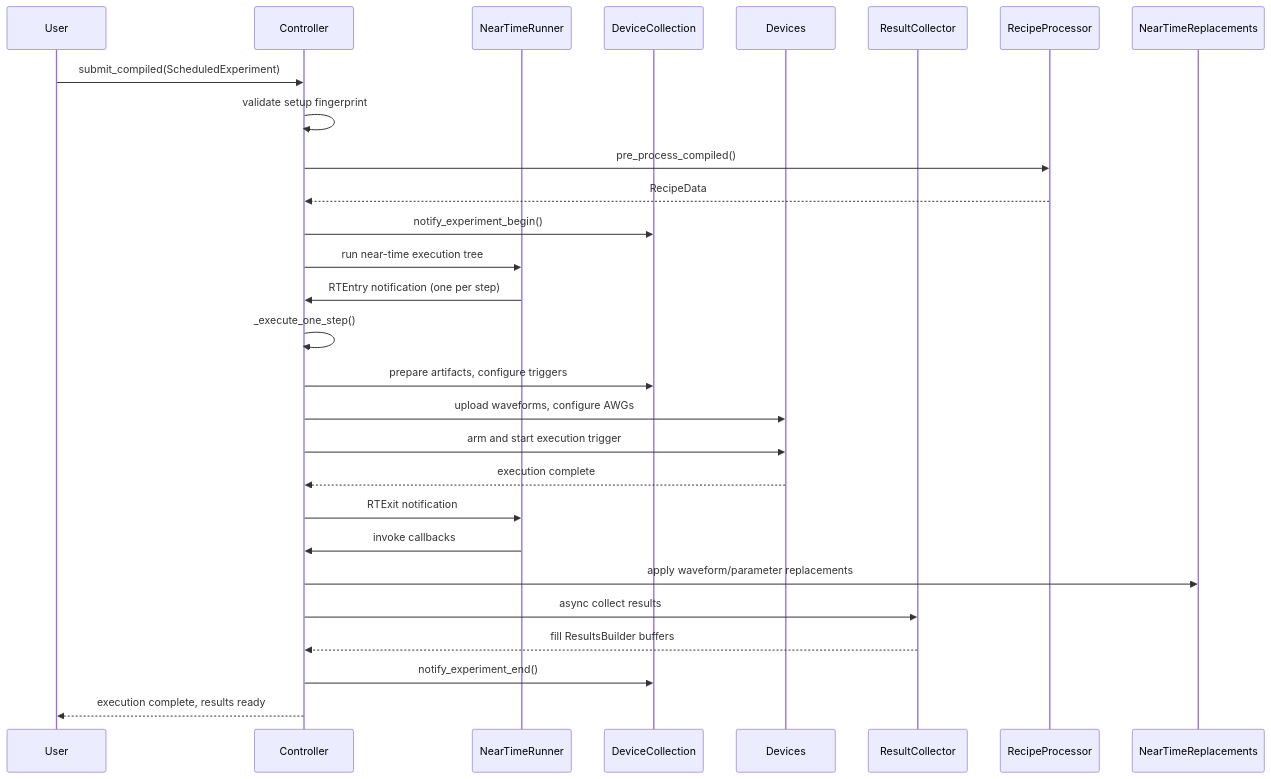
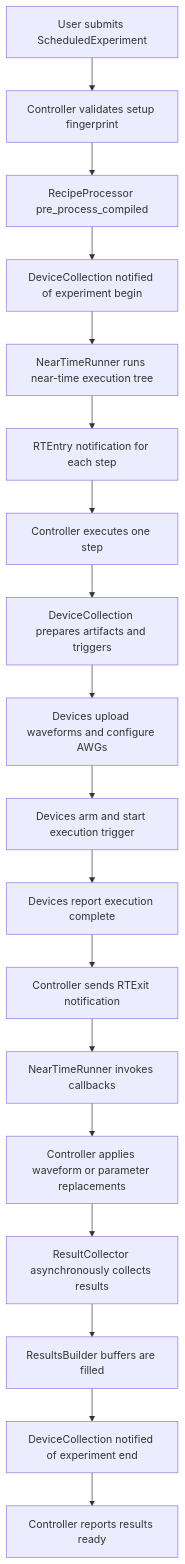
The second of 3 diagrams in docs/11-runtime-controller.md (brianzi/laboneq-devguide), drawn with Mermaid before and after one commit. The commit also changed other lines of this file and 9 other files, not shown here.

````diff
--- a/docs/11-runtime-controller.md
+++ b/docs/11-runtime-controller.md
@@ -352,29 +352,20 @@
 ```mermaid
-sequenceDiagram
-    participant User
-    participant Controller
-    participant NearTimeRunner
-    participant DeviceCollection
-    participant Devices
-    participant ResultCollector
-
-    User->>Controller: submit_compiled(ScheduledExperiment)
-    Controller->>Controller: validate setup fingerprint
-    Controller->>RecipeProcessor: pre_process_compiled()
-    RecipeProcessor-->>Controller: RecipeData
-    Controller->>DeviceCollection: notify_experiment_begin()
-    Controller->>NearTimeRunner: run near-time execution tree
-    NearTimeRunner->>Controller: RTEntry notification (one per step)
-    Controller->>Controller: _execute_one_step()
-    Controller->>DeviceCollection: prepare artifacts, configure triggers
-    Controller->>Devices: upload waveforms, configure AWGs
-    Controller->>Devices: arm and start execution trigger
-    Devices-->>Controller: execution complete
-    Controller->>NearTimeRunner: RTExit notification
-    NearTimeRunner->>Controller: invoke callbacks
-    Controller->>NearTimeReplacements: apply waveform/parameter replacements
-    Controller->>ResultCollector: async collect results
-    ResultCollector-->>Controller: fill ResultsBuilder buffers
-    Controller->>DeviceCollection: notify_experiment_end()
-    Controller-->>User: execution complete, results ready
+flowchart TD
+    User[User submits ScheduledExperiment] --> Validate[Controller validates setup fingerprint]
+    Validate --> Recipe[RecipeProcessor pre_process_compiled]
+    Recipe --> Begin[DeviceCollection notified of experiment begin]
+    Begin --> NearTime[NearTimeRunner runs near-time execution tree]
+    NearTime --> RTEntry[RTEntry notification for each step]
+    RTEntry --> Step[Controller executes one step]
+    Step --> Prepare[DeviceCollection prepares artifacts and triggers]
+    Prepare --> Upload[Devices upload waveforms and configure AWGs]
+    Upload --> Start[Devices arm and start execution trigger]
+    Start --> Done[Devices report execution complete]
+    Done --> RTExit[Controller sends RTExit notification]
+    RTExit --> Callbacks[NearTimeRunner invokes callbacks]
+    Callbacks --> Replacements[Controller applies waveform or parameter replacements]
+    Replacements --> Collect[ResultCollector asynchronously collects results]
+    Collect --> Buffers[ResultsBuilder buffers are filled]
+    Buffers --> End[DeviceCollection notified of experiment end]
+    End --> Results[Controller reports results ready]
 ```
````
